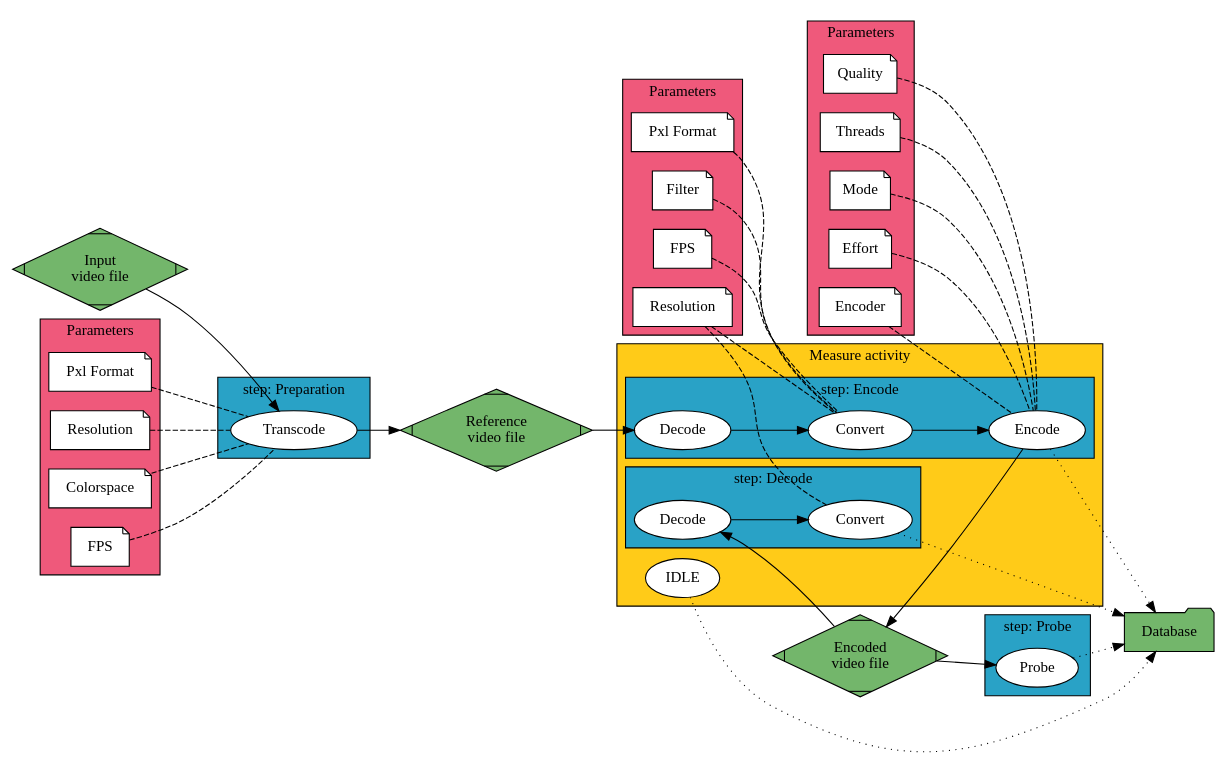
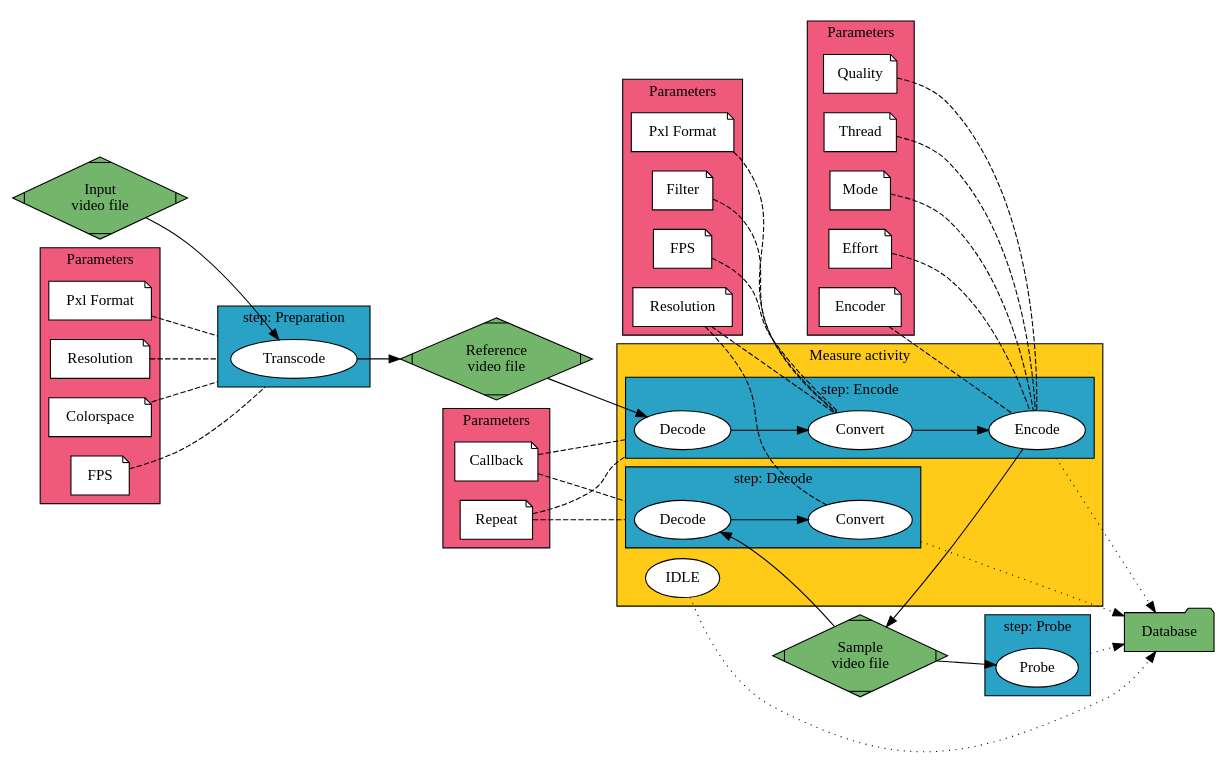
The diagram in docs/media/pipeline.dot (robinechuca/mendevi), drawn with Graphviz before and after one commit.

Commit message:
add callback reapet in pipeline

```diff
--- a/docs/media/pipeline.dot
+++ b/docs/media/pipeline.dot
@@ -1,102 +1,117 @@
 # dot -Tpdf pipeline.dot -o /tmp/pipeline.pdf && pdfcrop /tmp/pipeline.pdf pipeline.pdf
 # dot -Tsvg pipeline.dot > pipeline.svg
 digraph pipeline {
     rankdir=LR
+    compound=true
 
     # data
-    src [label="Input\nvideo file", shape=Mdiamond, style=filled, fillcolor="#73b66b"]
-    ref [label="Reference\nvideo file", shape=Mdiamond, style=filled, fillcolor="#73b66b"]
-    dst [label="Encoded\nvideo file", shape=Mdiamond, style=filled, fillcolor="#73b66b"]
+    src [label="Input\nvideo file" shape=Mdiamond style=filled fillcolor="#73b66b"]
+    ref [label="Reference\nvideo file" shape=Mdiamond style=filled fillcolor="#73b66b"]
+    dst [label="Sample\nvideo file" shape=Mdiamond style=filled fillcolor="#73b66b"]
 
     # parameters
-    p_colorspace [label="Colorspace", shape=note, style=filled, fillcolor=white]
-    p_fps [label="FPS", shape=note, style=filled, fillcolor=white]
-    p_pxl [label="Pxl Format", shape=note, style=filled, fillcolor=white]
-    p_resol [label="Resolution", shape=note, style=filled, fillcolor=white]
+    p_colorspace [label="Colorspace" shape=note style=filled fillcolor=white]
+    p_fps [label="FPS" shape=note style=filled fillcolor=white]
+    p_pxl [label="Pxl Format" shape=note style=filled fillcolor=white]
+    p_resol [label="Resolution" shape=note style=filled fillcolor=white]
 
-    c_fps [label="FPS", shape=note, style=filled, fillcolor=white]
-    c_pxl [label="Pxl Format", shape=note, style=filled, fillcolor=white]
-    c_resol [label="Resolution", shape=note, style=filled, fillcolor=white]
-    c_filter [label="Filter", shape=note, style=filled, fillcolor=white]
+    c_fps [label="FPS" shape=note style=filled fillcolor=white]
+    c_pxl [label="Pxl Format" shape=note style=filled fillcolor=white]
+    c_resol [label="Resolution" shape=note style=filled fillcolor=white]
+    c_filter [label="Filter" shape=note style=filled fillcolor=white]
 
-    effort [label="Effort", shape=note, style=filled, fillcolor=white]
-    encoder [label="Encoder", shape=note, style=filled, fillcolor=white]
-    quality [label="Quality", shape=note, style=filled, fillcolor=white]
-    threads [label="Threads", shape=note, style=filled, fillcolor=white]
-    mode_ [label="Mode", shape=note, style=filled, fillcolor=white]
+    effort [label="Effort" shape=note style=filled fillcolor=white]
+    encoder [label="Encoder" shape=note style=filled fillcolor=white]
+    quality [label="Quality" shape=note style=filled fillcolor=white]
+    thread [label="Thread" shape=note style=filled fillcolor=white]
+    mode_ [label="Mode" shape=note style=filled fillcolor=white]
 
-    database [label="Database", shape=folder, style=filled, fillcolor="#73b66b"]
+    callback [label="Callback" shape=note style=filled fillcolor=white]
+    repeat [label="Repeat" shape=note style=filled fillcolor=white]
+
+    database [label="Database" shape=folder style=filled fillcolor="#73b66b"]
 
     # process
-    prepare [label="Transcode", style=filled, fillcolor=white]
-    t_dec [label="Decode", style=filled, fillcolor=white]
-    t_convert [label="Convert", style=filled, fillcolor=white]
-    t_encode [label="Encode", style=filled, fillcolor=white]
-    decode [label="Decode", style=filled, fillcolor=white]
-    convert [label="Convert", style=filled, fillcolor=white]
-    probe [label="Probe", style=filled, fillcolor=white]
-    idle [label="IDLE", style=filled, fillcolor=white]
+    prepare [label="Transcode" style=filled fillcolor=white]
+    t_dec [label="Decode" style=filled fillcolor=white]
+    t_convert [label="Convert" style=filled fillcolor=white]
+    t_encode [label="Encode" style=filled fillcolor=white]
+    decode [label="Decode" style=filled fillcolor=white]
+    convert [label="Convert" style=filled fillcolor=white]
+    probe [label="Probe" style=filled fillcolor=white]
+    idle [label="IDLE" style=filled fillcolor=white]
 
     # blocs
     subgraph clus_prepare {
         cluster=true
         label="step: Preparation"
         bgcolor="#29a2c6"
         prepare
     }
     subgraph clus_energy {
         cluster=true
         label="Measure activity"
         bgcolor="#ffcb18"
         subgraph clus_encode {
             cluster=true
             label="step: Encode"
             bgcolor="#29a2c6"
             t_dec t_convert t_encode
         }
         subgraph clus_decode {
             cluster=true
             label="step: Decode"
             bgcolor="#29a2c6"
             decode convert
         }
         idle
     }
     subgraph clus_probe {
         cluster=true
         label="step: Probe"
         bgcolor="#29a2c6"
         probe
     }
 
     # parameters blocs
     subgraph clus_param_prepare {
         cluster=true
         label="Parameters"
         bgcolor="#ef597b"
         p_colorspace p_fps p_pxl p_resol
     }
     subgraph clus_param_convert {
         cluster=true
         label="Parameters"
         bgcolor="#ef597b"
         c_fps c_pxl c_resol c_filter
     }
     subgraph clus_param_encode {
         cluster=true
         label="Parameters"
         bgcolor="#ef597b"
-        effort encoder quality threads mode_
+        effort encoder quality thread mode_
+    }
+    subgraph clus_param_callback {
+        cluster=true
+        label="Parameters"
+        bgcolor="#ef597b"
+        callback repeat
     }
 
     # pipeline
     src -> prepare -> ref -> t_dec -> t_convert -> t_encode -> dst -> {decode, probe}
     decode -> convert
-    {idle, t_encode, convert, probe} -> database [style=dotted] # minlen=2
+    idle -> database [style=dotted]
+    t_encode -> database [ltail=clus_encode style=dotted]
+    convert -> database [ltail=clus_decode style=dotted]
+    probe -> database [ltail=clus_probe style=dotted]
 
     # arguments
-    {p_colorspace, p_fps, p_pxl, p_resol} -> prepare [arrowhead=none, style=dashed]
-    {c_fps, c_pxl, c_resol, c_filter} -> t_convert [arrowhead=none, style=dashed]
-    {effort, encoder, quality, threads, mode_} -> t_encode [arrowhead=none, style=dashed]
-    {c_resol} -> convert [arrowhead=none, style=dashed]
+    {p_colorspace p_fps p_pxl p_resol} -> prepare [lhead=clus_prepare arrowhead=none style=dashed]
+    {c_fps c_pxl c_resol c_filter} -> t_convert [arrowhead=none style=dashed]
+    {effort encoder quality thread, mode_} -> t_encode [arrowhead=none style=dashed]
+    {callback repeat} -> t_dec [lhead=clus_encode arrowhead=none style=dashed]
+    {callback repeat} -> decode [lhead=clus_decode arrowhead=none style=dashed]
+    {c_resol} -> convert [arrowhead=none style=dashed]
 }
```
